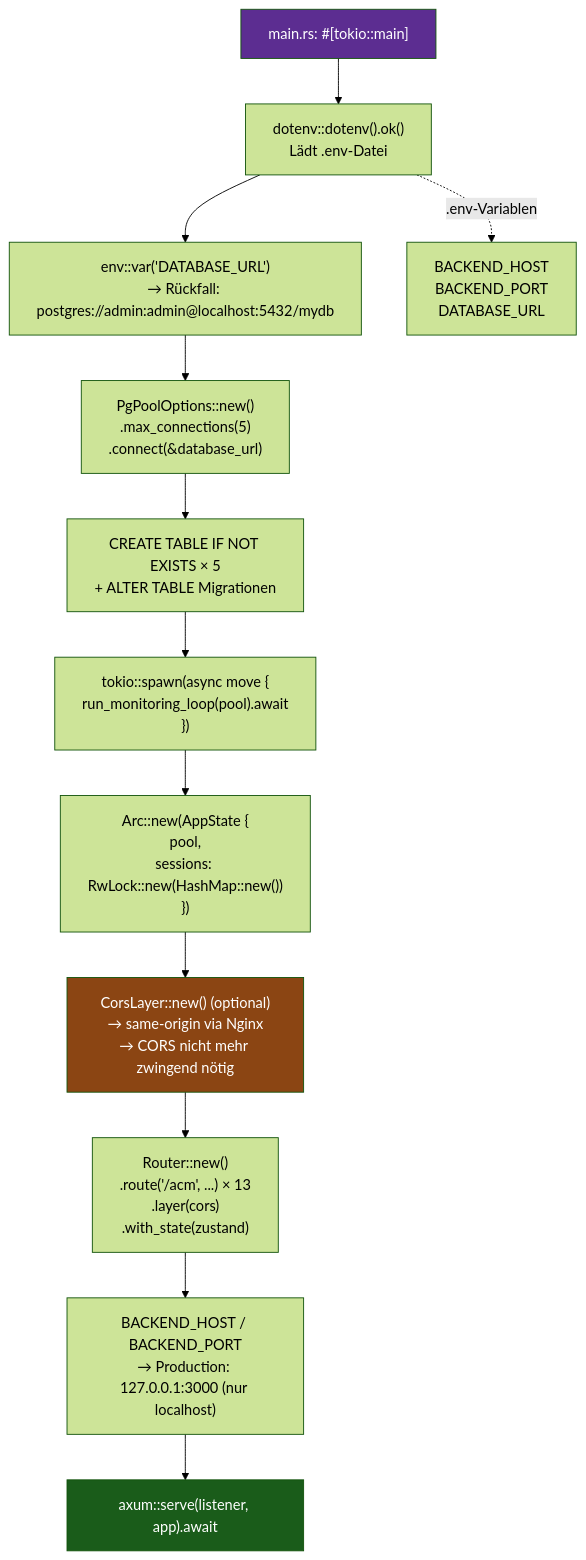
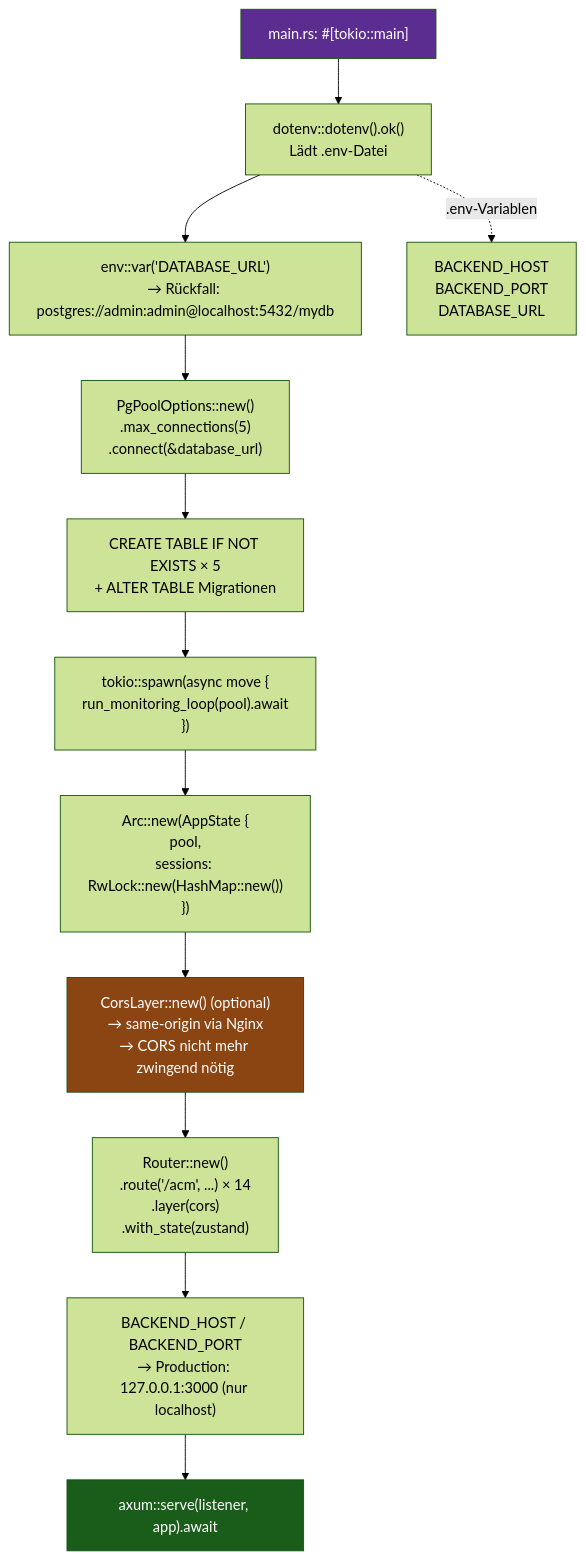
Before and after one commit to DevDaio/ACM_API-Connection-Monitor: the tenth of 10 diagrams in explain-canvas.md, drawn with Mermaid (forest theme). The commit also changed other lines of this file and 16 other files, not shown here.

````diff
--- a/explain-canvas.md
+++ b/explain-canvas.md
@@ -575,19 +579,19 @@
 ```mermaid
 flowchart TD
     START["main.rs: #[tokio::main]"] --> DOTENV["dotenv::dotenv().ok()<br/>Lädt .env-Datei"]
     DOTENV --> DATABASE_URL["env::var('DATABASE_URL')<br/>→ Rückfall: postgres://admin:admin@localhost:5432/mydb"]
     DATABASE_URL --> POOL["PgPoolOptions::new()<br/>.max_connections(5)<br/>.connect(&database_url)"]
     POOL --> TABELLEN_ANLEG["CREATE TABLE IF NOT EXISTS × 5<br/>+ ALTER TABLE Migrationen"]
     TABELLEN_ANLEG --> UEBERWACH_START["tokio::spawn(async move {<br/>run_monitoring_loop(pool).await<br/>})"]
     UEBERWACH_START --> ZUSTAND_BAU["Arc::new(AppState {<br/>pool,<br/>sessions: RwLock::new(HashMap::new())<br/>})"]
     ZUSTAND_BAU -->     CORS["CorsLayer::new() (optional)<br/>→ same-origin via Nginx<br/>→ CORS nicht mehr zwingend nötig"]
-    CORS --> ROUTEN["Router::new()<br/>.route('/acm', ...) × 13<br/>.layer(cors)<br/>.with_state(zustand)"]
+    CORS --> ROUTEN["Router::new()<br/>.route('/acm', ...) × 14<br/>.layer(cors)<br/>.with_state(zustand)"]
     ROUTEN --> BINDEN["BACKEND_HOST / BACKEND_PORT<br/>→ Production: 127.0.0.1:3000 (nur localhost)"]
     BINDEN --> BEDIEN["axum::serve(listener, app).await"]
 
     DOTENV -.->|".env-Variablen"| HOST["BACKEND_HOST<br/>BACKEND_PORT<br/>DATABASE_URL"]
 
     style START fill:#5c2d91,color:#fff
     style BEDIEN fill:#1a5c1a,color:#fff
     style CORS fill:#8b4513,color:#fff
 ```
````
